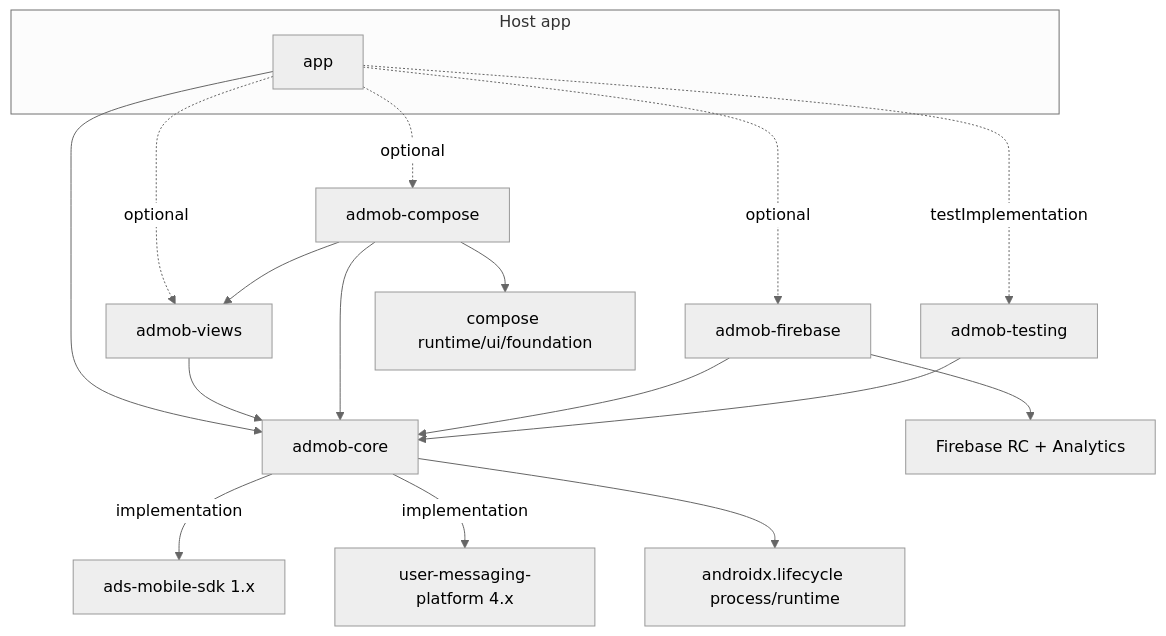
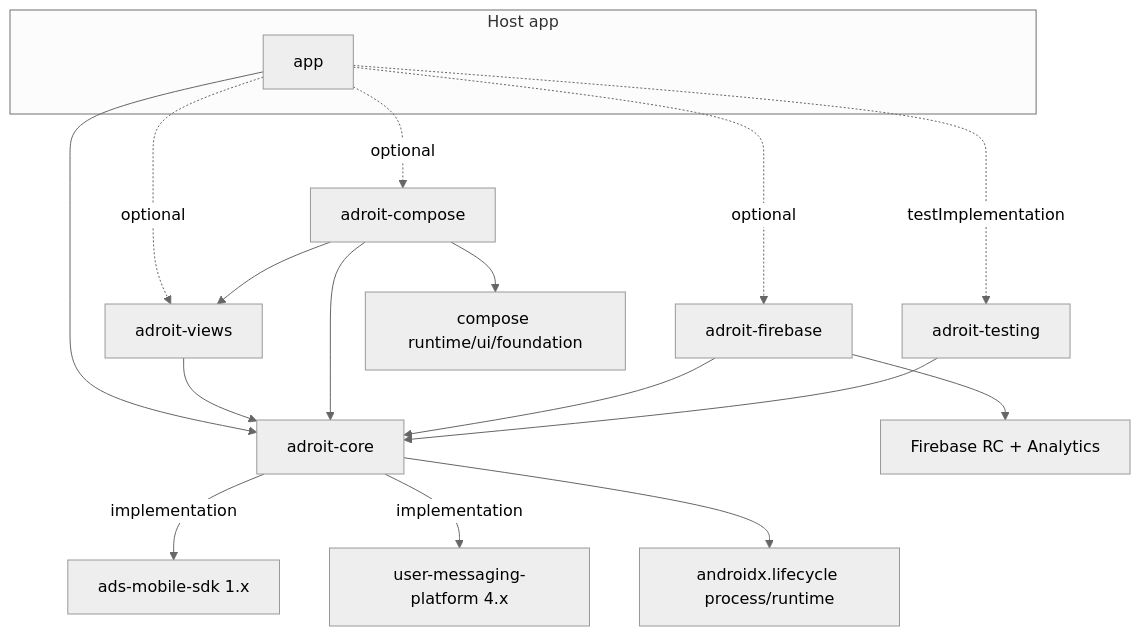
One commit to TheSobiaAkbar/Adroit changed the first of 7 diagrams in docs/architecture/02_ARCHITECTURE.md. Above: the diagram before and after it, drawn with Mermaid (neutral theme). The commit also changed other lines of this file and 947 other files, not shown here.

````diff
--- a/docs/architecture/02_ARCHITECTURE.md
+++ b/docs/architecture/02_ARCHITECTURE.md
@@ -100,21 +99,21 @@
 ```mermaid
 graph TD
   subgraph Host app
     APP[app]
   end
-  APP --> CORE[admob-core]
-  APP -.optional.-> VIEWS[admob-views]
-  APP -.optional.-> COMPOSE[admob-compose]
-  APP -.optional.-> FB[admob-firebase]
-  APP -.testImplementation.-> TESTING[admob-testing]
+  APP --> CORE[adroit-core]
+  APP -.optional.-> VIEWS[adroit-views]
+  APP -.optional.-> COMPOSE[adroit-compose]
+  APP -.optional.-> FB[adroit-firebase]
+  APP -.testImplementation.-> TESTING[adroit-testing]
   VIEWS --> CORE
   COMPOSE --> CORE
   COMPOSE --> VIEWS
   FB --> CORE
   TESTING --> CORE
   CORE -->|implementation| GMA[ads-mobile-sdk 1.x]
   CORE -->|implementation| UMP[user-messaging-platform 4.x]
   CORE --> LC[androidx.lifecycle process/runtime]
   COMPOSE --> CMP[compose runtime/ui/foundation]
   FB --> FIREBASE[Firebase RC + Analytics]
 ```
````
